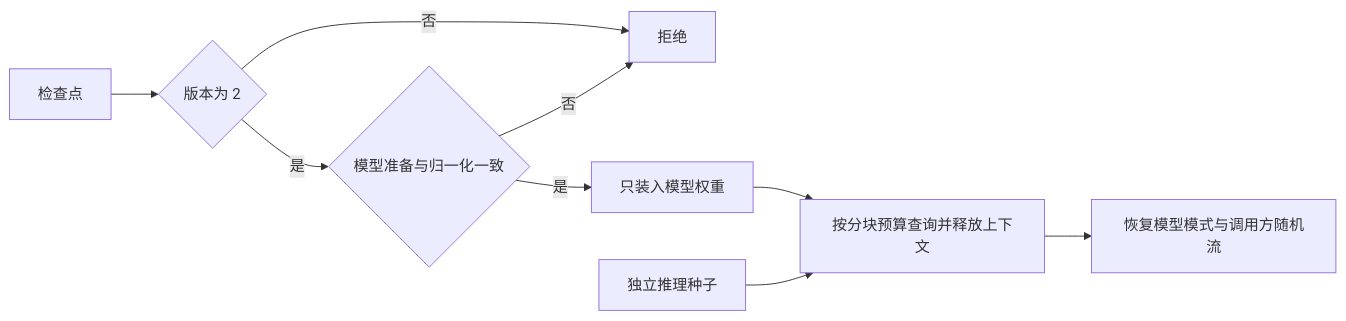
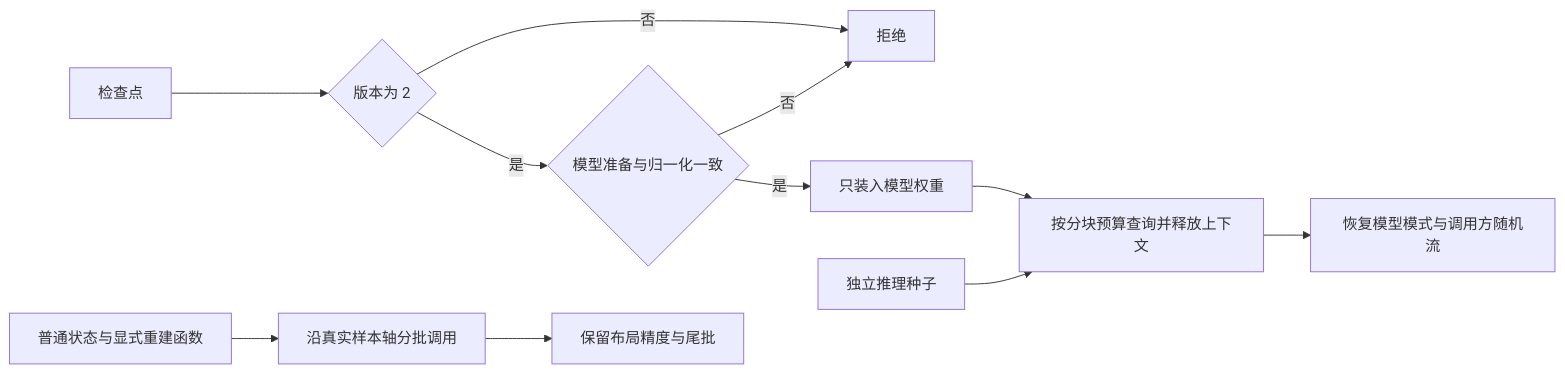
Before and after one commit to qweaxdzsc/AI4E_dojo: the sixth of 14 diagrams in docs/PRD/ai4e-core/abilities/PRD.md, drawn with Mermaid. The commit also changed other lines of this file and 1030 other files, not shown here.

````diff
--- a/docs/PRD/ai4e-core/abilities/PRD.md
+++ b/docs/PRD/ai4e-core/abilities/PRD.md
@@ -788,11 +848,13 @@
 ```mermaid
 flowchart LR
   ckpt[检查点] --> version{版本为 2}
   version -->|否| reject[拒绝]
   version -->|是| semantic{模型准备与归一化一致}
   semantic -->|否| reject
   semantic -->|是| weights[只装入模型权重]
   weights --> query[按分块预算查询并释放上下文]
+  ordinary[普通状态与显式重建函数] --> batches[沿真实样本轴分批调用]
+  batches --> result[保留布局精度与尾批]
   seed[独立推理种子] --> query
   query --> restore[恢复模型模式与调用方随机流]
 ```
````
